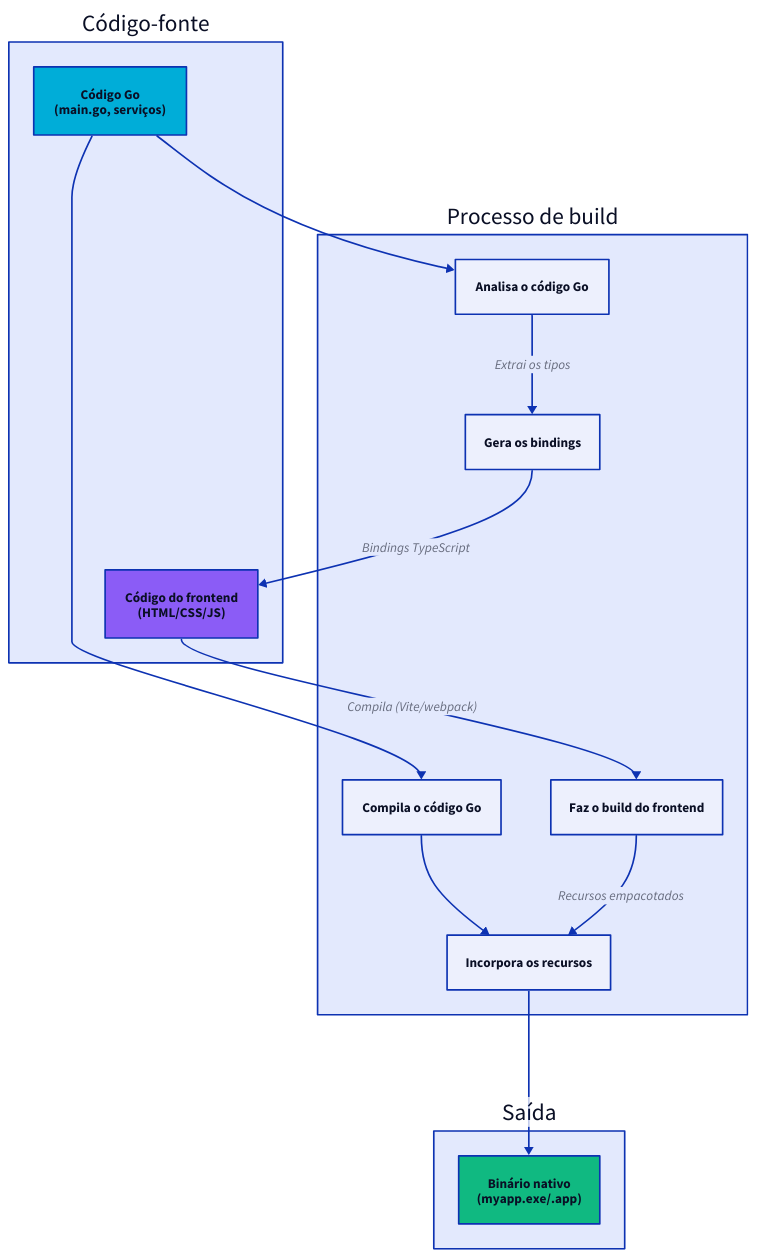
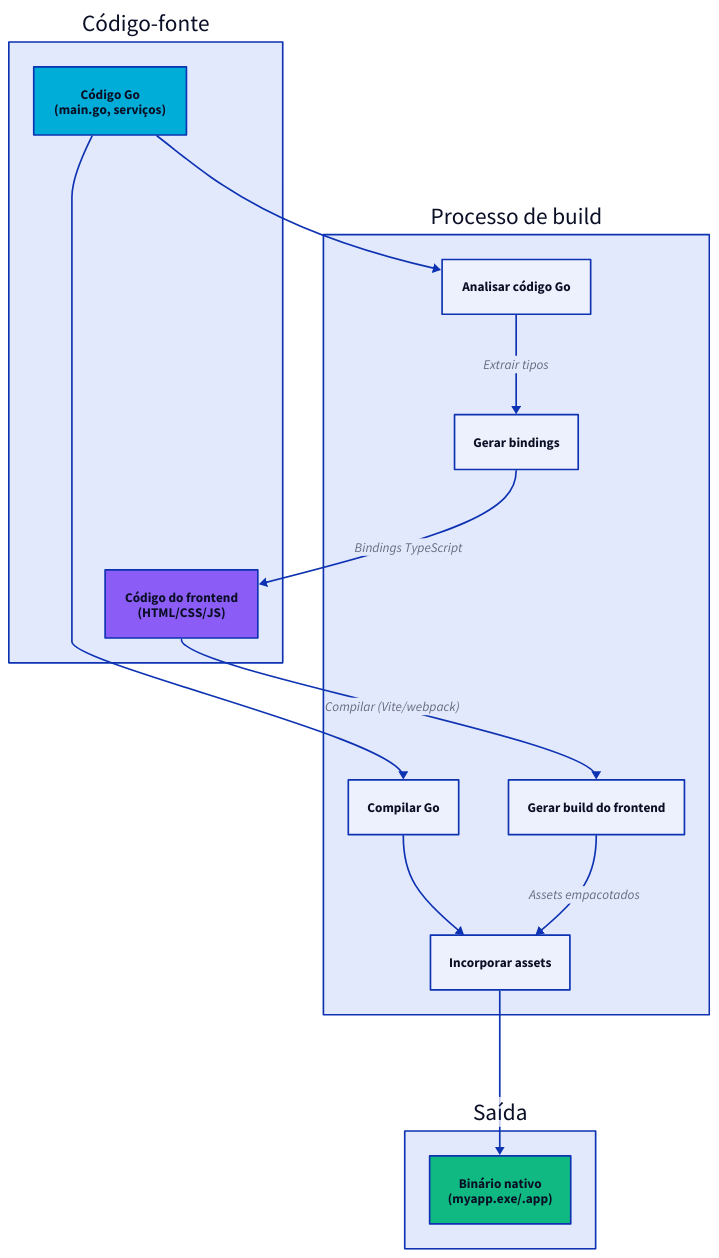
The fifth of 8 diagrams in docs/mpress/content/pt/concepts/architecture.md (wailsapp/wails), drawn with D2 before and after one commit. The commit also changed other lines of this file and 1096 other files, not shown here.

````diff
--- a/docs/mpress/content/pt/concepts/architecture.md
+++ b/docs/mpress/content/pt/concepts/architecture.md
@@ -343,53 +343,53 @@
 ```d2
 direction: down
 
 Source: Código-fonte {
   Go: "Código Go\n(main.go, serviços)" {
     shape: rectangle
     style.fill: "#00ADD8"
   }
 
   Frontend: "Código do frontend\n(HTML/CSS/JS)" {
     shape: rectangle
     style.fill: "#8B5CF6"
   }
 }
 
 Build: Processo de build {
-  AnalyseGo: Analisa o código Go {
+  AnalyseGo: Analisar código Go {
     shape: rectangle
   }
 
-  GenerateBindings: Gera os bindings {
+  GenerateBindings: Gerar bindings {
     shape: rectangle
   }
 
-  BuildFrontend: Faz o build do frontend {
+  BuildFrontend: Gerar build do frontend {
     shape: rectangle
   }
 
-  CompileGo: Compila o código Go {
+  CompileGo: Compilar Go {
     shape: rectangle
   }
 
-  Embed: Incorpora os recursos {
+  Embed: Incorporar assets {
     shape: rectangle
   }
 }
 
 Output: Saída {
   Binary: "Binário nativo\n(myapp.exe/.app)" {
     shape: rectangle
     style.fill: "#10B981"
   }
 }
 
 Source.Go -> Build.AnalyseGo
-Build.AnalyseGo -> Build.GenerateBindings: Extrai os tipos
+Build.AnalyseGo -> Build.GenerateBindings: Extrair tipos
 Build.GenerateBindings -> Source.Frontend: Bindings TypeScript
-Source.Frontend -> Build.BuildFrontend: Compila (Vite/webpack)
-Build.BuildFrontend -> Build.Embed: Recursos empacotados
+Source.Frontend -> Build.BuildFrontend: Compilar (Vite/webpack)
+Build.BuildFrontend -> Build.Embed: Assets empacotados
 Source.Go -> Build.CompileGo
 Build.CompileGo -> Build.Embed
 Build.Embed -> Output.Binary
 ```
````
